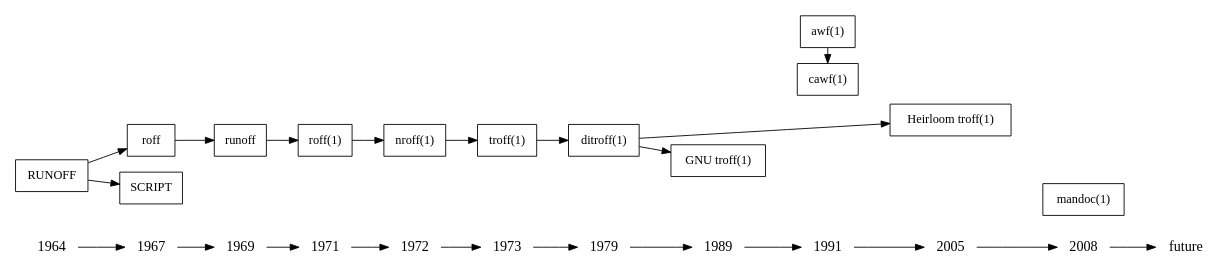
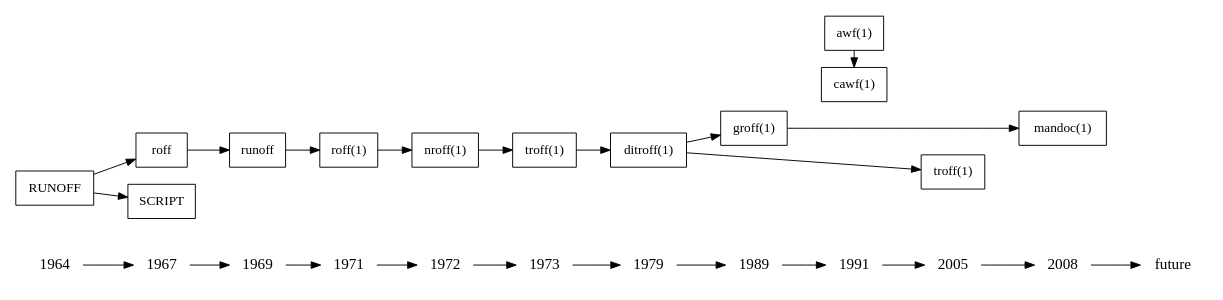
The diagram in history.dot (kristapsdz/manpages), drawn with Graphviz before and after one commit. The commit also changed 6 other files, not shown here.

```diff
--- a/history.dot
+++ b/history.dot
@@ -1,54 +1,55 @@
 digraph manpages {
 	rankdir=LR;
 	size="10,20";
 
 	{
 		node [shape=plaintext, fontsize=16];
 		1964 -> 1967 -> 1969 -> 1971 -> 1972 -> 1973 -> 1979 -> 
 		1989 -> 1991 -> 2005 -> 2008 -> "future";
 	}
 
 	node [shape=box];
 
 	runoff1 [label="RUNOFF" URL="#x1964_RUNOFF"];
 	runoff2 [label="roff" URL="#x1967_roff"];
 	script [label="SCRIPT" URL="#x1967_SCRIPT"];
 	runoff3 [label="runoff" URL="#x1969"]; 
 	roff [label="roff(1)" URL="#x1971"];
 	nroff [label="nroff(1)" URL="#x1972"];
 	troff [label="troff(1)" URL="#x1973"];
 	ditroff [label="ditroff(1)" URL="#x1979"];
-	mandoc [label="mandoc(1)" URL="http://mdocml.bsd.lv"]; 
-	htroff [label="Heirloom troff(1)" URL="http://heirloom.sourceforge.net/doctools.html"]; 
-	groff [label="GNU troff(1)" URL="http://www.gnu.org/s/groff/"];
-	awf [label="awf(1)" URL="http://ftp.sunet.se/pub/usenet/ftp.uu.net/comp.sources.unix/volume24/"];
-	cawf [label="cawf(1)" URL="http://www.tux.org/pub/sites/vic.cc.purdue.edu/"];
+	groff [label="groff(1)" URL="#x1989_groff"];
+	awf [label="awf(1)" URL="#x1991_awf"];
+	cawf [label="cawf(1)" URL="#x1991_cawf"];
+	htroff [label="troff(1)" URL="#x2005_troff"];
+	mandoc [label="mandoc(1)" URL="#x2008_mandoc"];
 
 	{ rank = same; 1964 runoff1 };
 	{ rank = same; 1967 script runoff2 };
 	{ rank = same; 1969 runoff3 };
 	{ rank = same; 1971 roff };
 	{ rank = same; 1972 nroff };
 	{ rank = same; 1973 troff; }
 	{ rank = same; 1979 ditroff; }
 	{ rank = same; 1989 groff; }
 	{ rank = same; 1991 awf cawf; }
 	{ rank = same; 2005 htroff; }
 	{ rank = same; 2008 mandoc; }
 
 	subgraph prehistory {
 		node [style=filled];
 		runoff1 -> runoff2 -> runoff3;
 		runoff1 -> script;
 		label="Prehistory";
 		color=blue
 	}
 
 	runoff3 -> roff;
 	roff -> nroff;
 	nroff -> troff;
 	troff -> ditroff;
 	ditroff -> groff;
 	ditroff -> htroff;
+	groff -> mandoc;
 	awf -> cawf;
 }
```
